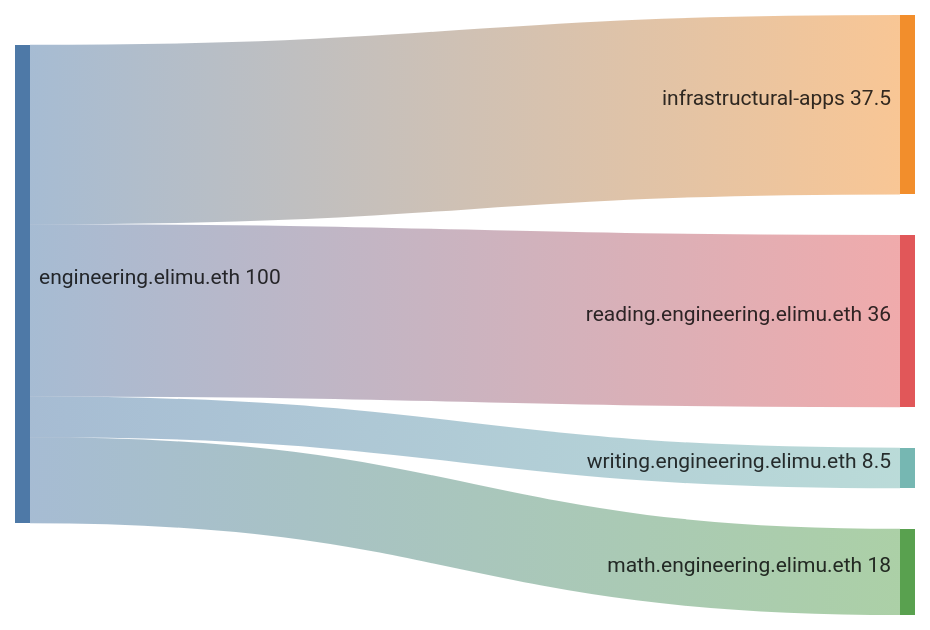
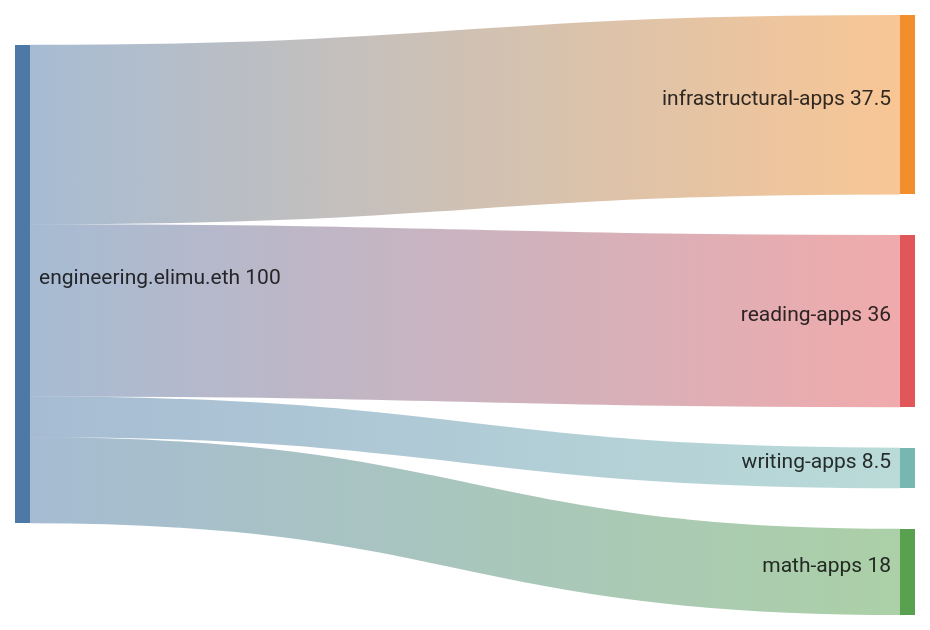
One commit to elimu-ai/web3-wiki changed the second of 3 diagrams in DRIP_LIST_FUNDING_SPLITS.md. Above: the diagram before and after it, drawn with Mermaid. The commit also changed other lines of this file, not shown here.

````diff
--- a/DRIP_LIST_FUNDING_SPLITS.md
+++ b/DRIP_LIST_FUNDING_SPLITS.md
@@ -50,9 +50,9 @@
 ```mermaid
 sankey-beta
 
 %% source,target,value
 engineering.elimu.eth,infrastructural-apps,37.5
-engineering.elimu.eth,reading.engineering.elimu.eth,36
-engineering.elimu.eth,writing.engineering.elimu.eth,8.5
-engineering.elimu.eth,math.engineering.elimu.eth,18
+engineering.elimu.eth,reading-apps,36
+engineering.elimu.eth,writing-apps,8.5
+engineering.elimu.eth,math-apps,18
 ```
````
